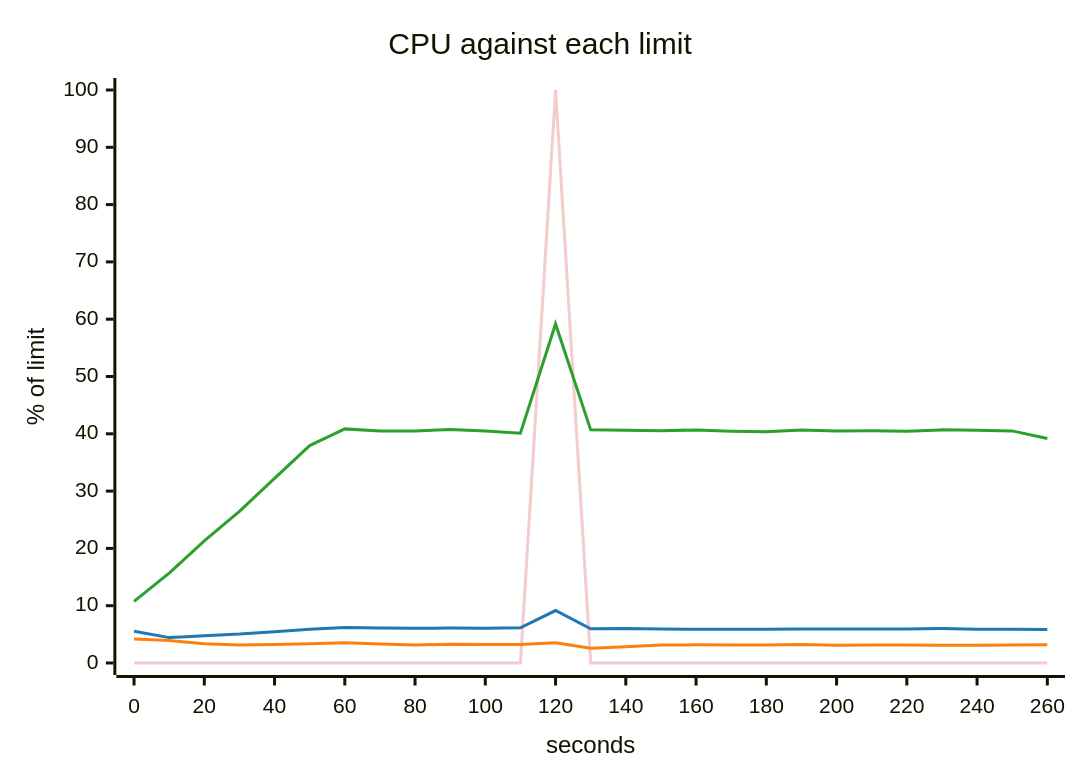
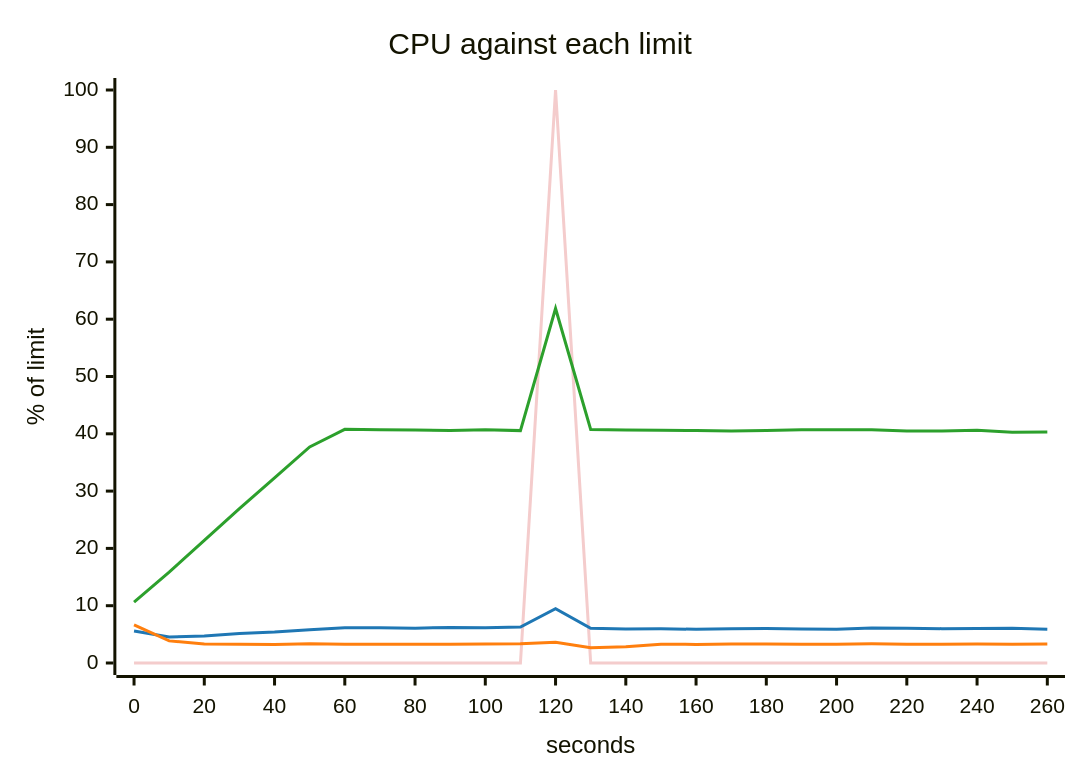
Before and after one commit to akinfemi/load-lore: the fifth of 5 diagrams in scenarios/slow-dependency/solutions/fewer-retries/report.md, drawn with Mermaid. The commit also changed other lines of this file and 23 other files, not shown here.

````diff
--- a/scenarios/slow-dependency/solutions/fewer-retries/report.md
+++ b/scenarios/slow-dependency/solutions/fewer-retries/report.md
@@ -99,17 +99,17 @@
 ```mermaid
 ---
 config:
   themeVariables:
     xyChart:
       backgroundColor: "transparent"
       plotColorPalette: "#f4cccc, #1f77b4, #ff7f0e, #2ca02c"
 ---
 xychart-beta
     title "CPU against each limit"
     x-axis "seconds" 0 --> 260
     y-axis "% of limit" 0 --> 100
     line [0, 0, 0, 0, 0, 0, 0, 0, 0, 0, 0, 0, 100, 0, 0, 0, 0, 0, 0, 0, 0, 0, 0, 0, 0, 0, 0]
-    line [5.55, 4.431, 4.759, 5.041, 5.465, 5.898, 6.206, 6.106, 6.058, 6.101, 6.057, 6.133, 9.156, 5.96, 6.013, 5.918, 5.878, 5.891, 5.872, 5.944, 5.925, 5.955, 5.92, 6.012, 5.886, 5.911, 5.83]
-    line [4.181, 3.915, 3.363, 3.149, 3.246, 3.353, 3.536, 3.307, 3.151, 3.272, 3.23, 3.217, 3.523, 2.562, 2.83, 3.137, 3.164, 3.163, 3.148, 3.231, 3.118, 3.161, 3.131, 3.106, 3.1, 3.163, 3.182]
-    line [10.751, 15.668, 21.326, 26.454, 32.224, 37.945, 40.856, 40.471, 40.488, 40.765, 40.482, 40.117, 59.177, 40.687, 40.615, 40.547, 40.674, 40.452, 40.338, 40.67, 40.485, 40.511, 40.458, 40.686, 40.616, 40.509, 39.165]
+    line [5.586, 4.523, 4.706, 5.169, 5.411, 5.801, 6.166, 6.134, 6.084, 6.208, 6.142, 6.283, 9.473, 6.043, 5.915, 5.96, 5.892, 5.996, 6.015, 5.945, 5.87, 6.11, 6.071, 5.995, 6.026, 6.057, 5.889]
+    line [6.669, 3.86, 3.307, 3.282, 3.231, 3.357, 3.259, 3.289, 3.269, 3.29, 3.303, 3.353, 3.605, 2.677, 2.842, 3.263, 3.246, 3.296, 3.337, 3.251, 3.276, 3.345, 3.279, 3.26, 3.307, 3.262, 3.325]
+    line [10.62, 15.844, 21.414, 26.923, 32.326, 37.714, 40.775, 40.71, 40.678, 40.576, 40.725, 40.555, 61.868, 40.744, 40.66, 40.614, 40.582, 40.474, 40.562, 40.705, 40.686, 40.724, 40.483, 40.498, 40.626, 40.284, 40.324]
 ```
````
